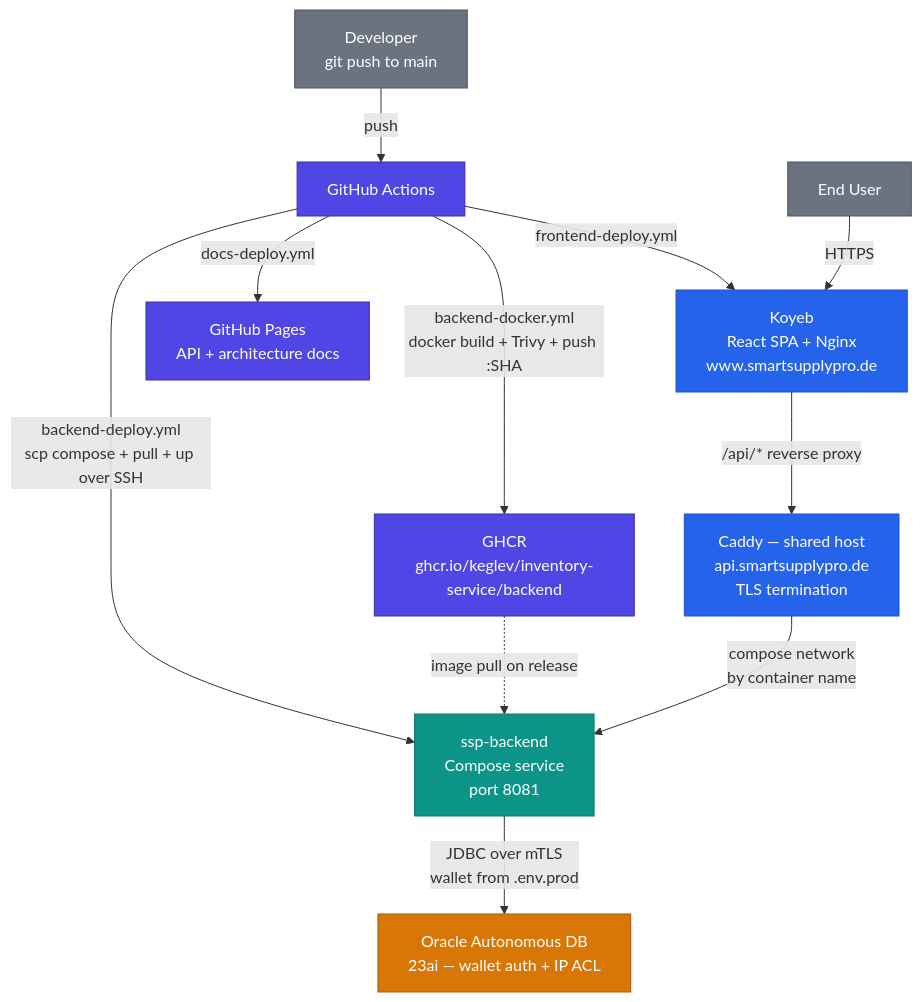
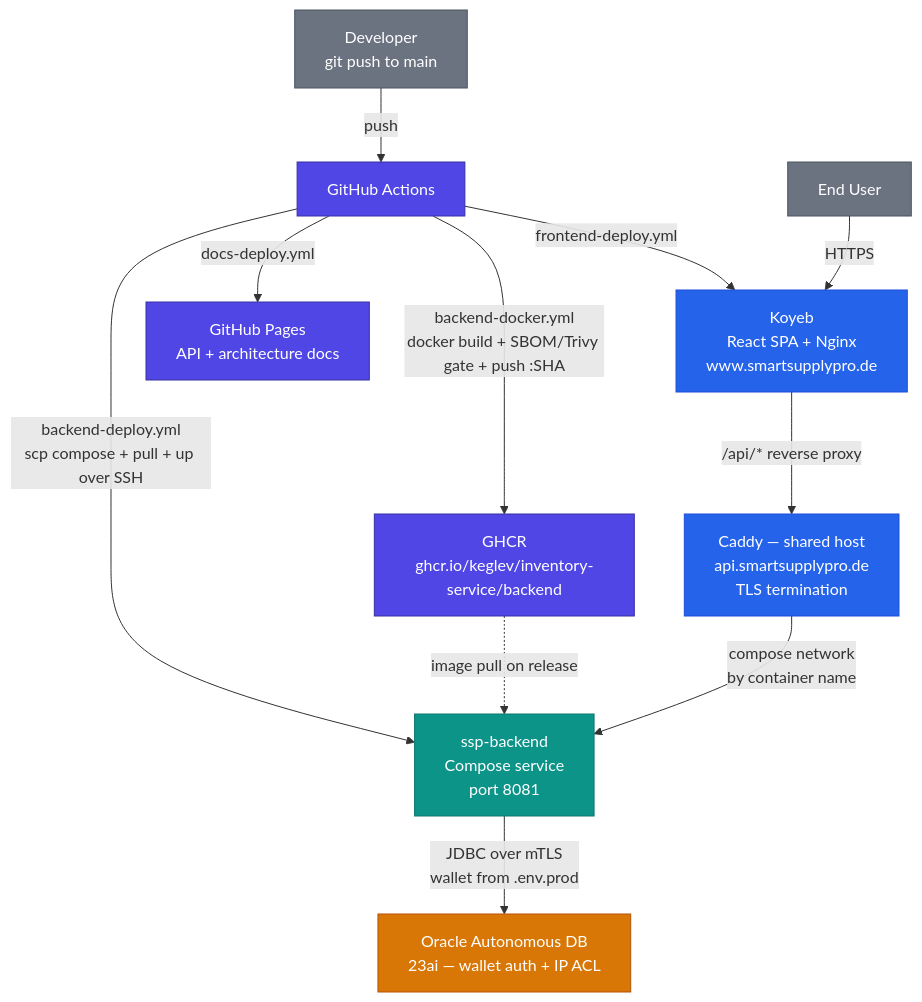
Before and after one commit to Keglev/inventory-service: the first of 2 diagrams in docs/backend/architecture/07-deployment.md, drawn with Mermaid. The commit also changed other lines of this file and 7 other files, not shown here.

First line of the commit message:
ci: one Trivy analysis per image; the SBOM gates the CVE scan before publishing (#357)

````diff
--- a/docs/backend/architecture/07-deployment.md
+++ b/docs/backend/architecture/07-deployment.md
@@ -39,29 +39,29 @@
 ```mermaid
 graph TB
     Dev["Developer\ngit push to main"]:::actor
     GHA["GitHub Actions"]:::external
     GHCR["GHCR\nghcr.io/keglev/inventory-service/backend"]:::external
     Caddy["Caddy — shared host\napi.smartsupplypro.de\nTLS termination"]:::controller
     SSP["ssp-backend\nCompose service\nport 8081"]:::service
     OADB["Oracle Autonomous DB\n23ai — wallet auth + IP ACL"]:::repository
     Koyeb["Koyeb\nReact SPA + Nginx\nwww.smartsupplypro.de"]:::controller
     GHP["GitHub Pages\nAPI + architecture docs"]:::external
     User["End User"]:::actor
 
     Dev -->|push| GHA
-    GHA -->|backend-docker.yml\ndocker build + Trivy + push :SHA| GHCR
+    GHA -->|backend-docker.yml\ndocker build + SBOM/Trivy gate + push :SHA| GHCR
     GHA -->|backend-deploy.yml\nscp compose + pull + up over SSH| SSP
     GHCR -.->|image pull on release| SSP
     GHA -->|frontend-deploy.yml| Koyeb
     GHA -->|docs-deploy.yml| GHP
     SSP -->|"JDBC over mTLS\nwallet from .env.prod"| OADB
     User -->|HTTPS| Koyeb
     Koyeb -->|/api/* reverse proxy| Caddy
     Caddy -->|compose network\nby container name| SSP
 
     classDef actor      fill:#6b7280,color:#fff,stroke:#4b5563;
     classDef controller fill:#2563eb,color:#fff,stroke:#1d4ed8;
     classDef service    fill:#0d9488,color:#fff,stroke:#0f766e;
     classDef repository fill:#d97706,color:#fff,stroke:#b45309;
     classDef external   fill:#4f46e5,color:#fff,stroke:#3730a3;
 ```
````
